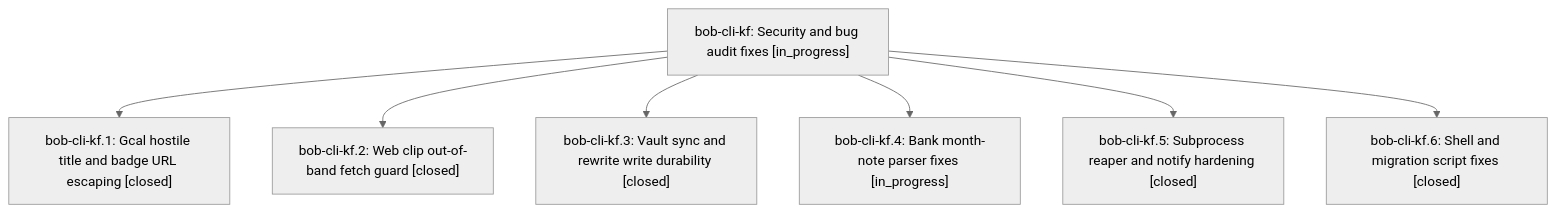
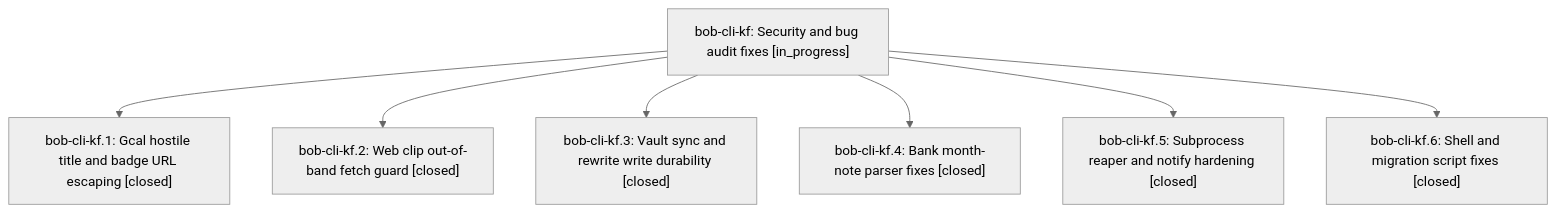
Before and after one commit to bobs-org/bob-cli--beads: the diagram in pages/bob-cli-kf/README.md, drawn with Mermaid (neutral theme). The commit also changed other lines of this file and 3 other files, not shown here.

First line of the commit message:
chore(beads): sync bead state and pages for bob-cli-kf

````diff
--- a/pages/bob-cli-kf/README.md
+++ b/pages/bob-cli-kf/README.md
@@ -39,16 +39,16 @@
 ```mermaid
 flowchart TD
     n0["bob-cli-kf: Security and bug audit fixes [in_progress]"]
     n1["bob-cli-kf.1: Gcal hostile title and badge URL escaping [closed]"]
     n2["bob-cli-kf.2: Web clip out-of-band fetch guard [closed]"]
     n3["bob-cli-kf.3: Vault sync and rewrite write durability [closed]"]
-    n4["bob-cli-kf.4: Bank month-note parser fixes [in_progress]"]
+    n4["bob-cli-kf.4: Bank month-note parser fixes [closed]"]
     n5["bob-cli-kf.5: Subprocess reaper and notify hardening [closed]"]
     n6["bob-cli-kf.6: Shell and migration script fixes [closed]"]
     n0 --> n1
     n0 --> n2
     n0 --> n3
     n0 --> n4
     n0 --> n5
     n0 --> n6
 ```
````
